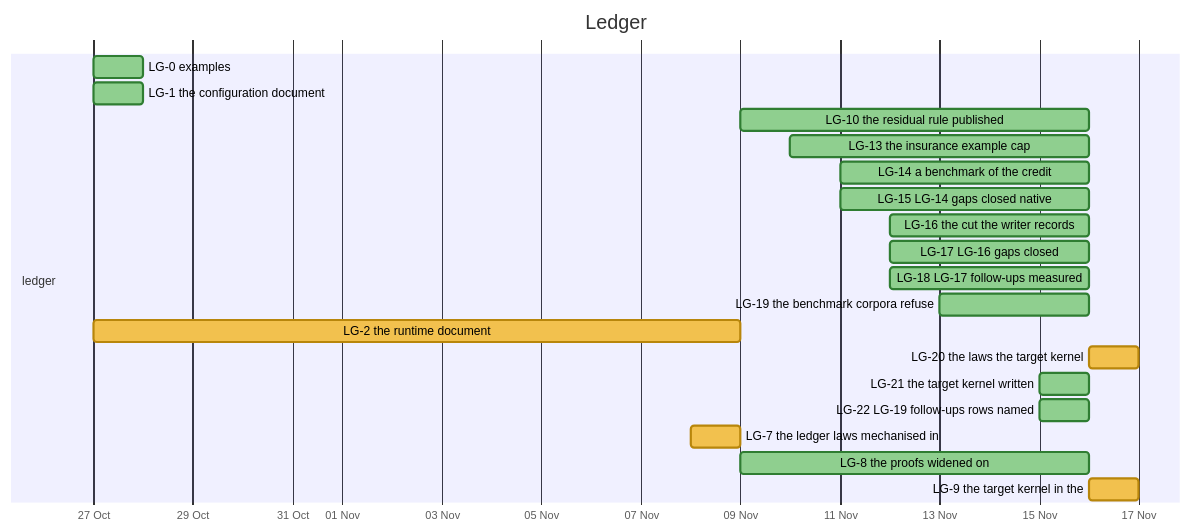
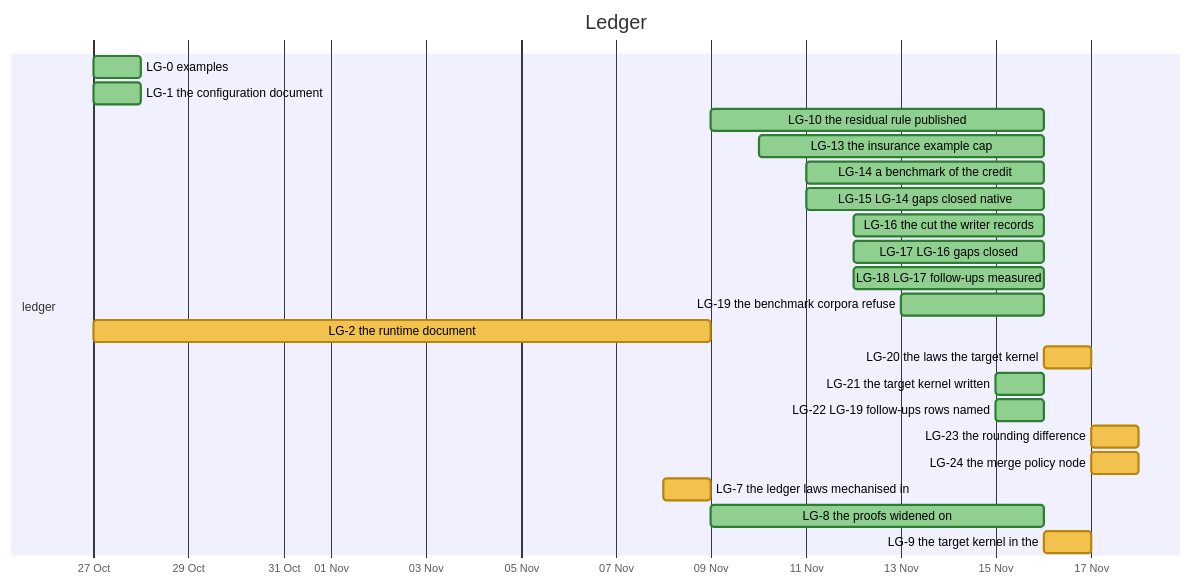
The tenth of 32 diagrams in docs/developer/ROADMAP.md (nebularis/lattice), drawn with Mermaid before and after one commit. The commit also changed other lines of this file and 301 other files, not shown here.

````diff
--- a/docs/developer/ROADMAP.md
+++ b/docs/developer/ROADMAP.md
@@ -334,25 +335,27 @@
 ```mermaid
 %%{init: {"themeVariables": {"taskBkgColor": "#f2c14e", "taskBorderColor": "#b8860b", "taskTextColor": "#000000", "activeTaskBkgColor": "#4e9af1", "activeTaskBorderColor": "#1f5fbf", "activeTaskBorderColor": "#1f5fbf", "doneTaskBkgColor": "#8fcf8f", "doneTaskBorderColor": "#2f7d32", "critBkgColor": "#f28b82", "critBorderColor": "#b23a30", "taskTextDarkColor": "#000000", "taskTextLightColor": "#000000"}}}%%
 gantt
     title Ledger
     dateFormat YYYY-MM-DD
     axisFormat %d %b
     section ledger
     LG-0 examples :done, lg0, 2026-10-27, 2026-10-28
     LG-1 the configuration document :done, lg1, 2026-10-27, 2026-10-28
     LG-10 the residual rule published :done, lg10, 2026-11-09, 2026-11-16
     LG-13 the insurance example cap :done, lg13, 2026-11-10, 2026-11-16
     LG-14 a benchmark of the credit :done, lg14, 2026-11-11, 2026-11-16
     LG-15 LG-14 gaps closed native :done, lg15, 2026-11-11, 2026-11-16
     LG-16 the cut the writer records :done, lg16, 2026-11-12, 2026-11-16
     LG-17 LG-16 gaps closed :done, lg17, 2026-11-12, 2026-11-16
     LG-18 LG-17 follow-ups measured :done, lg18, 2026-11-12, 2026-11-16
     LG-19 the benchmark corpora refuse :done, lg19, 2026-11-13, 2026-11-16
     LG-2 the runtime document :lg2, 2026-10-27, 2026-11-09
     LG-20 the laws the target kernel :lg20, 2026-11-16, 2026-11-17
     LG-21 the target kernel written :done, lg21, 2026-11-15, 2026-11-16
     LG-22 LG-19 follow-ups rows named :done, lg22, 2026-11-15, 2026-11-16
+    LG-23 the rounding difference :lg23, 2026-11-17, 2026-11-18
+    LG-24 the merge policy node :lg24, 2026-11-17, 2026-11-18
     LG-7 the ledger laws mechanised in :lg7, 2026-11-08, 2026-11-09
     LG-8 the proofs widened on :done, lg8, 2026-11-09, 2026-11-16
     LG-9 the target kernel in the :lg9, 2026-11-16, 2026-11-17
 ```
````
